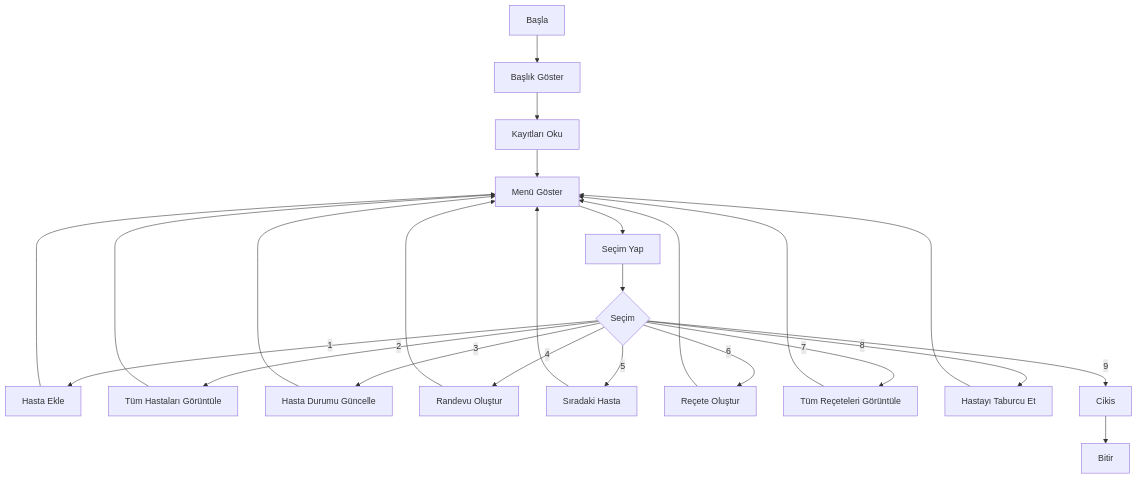
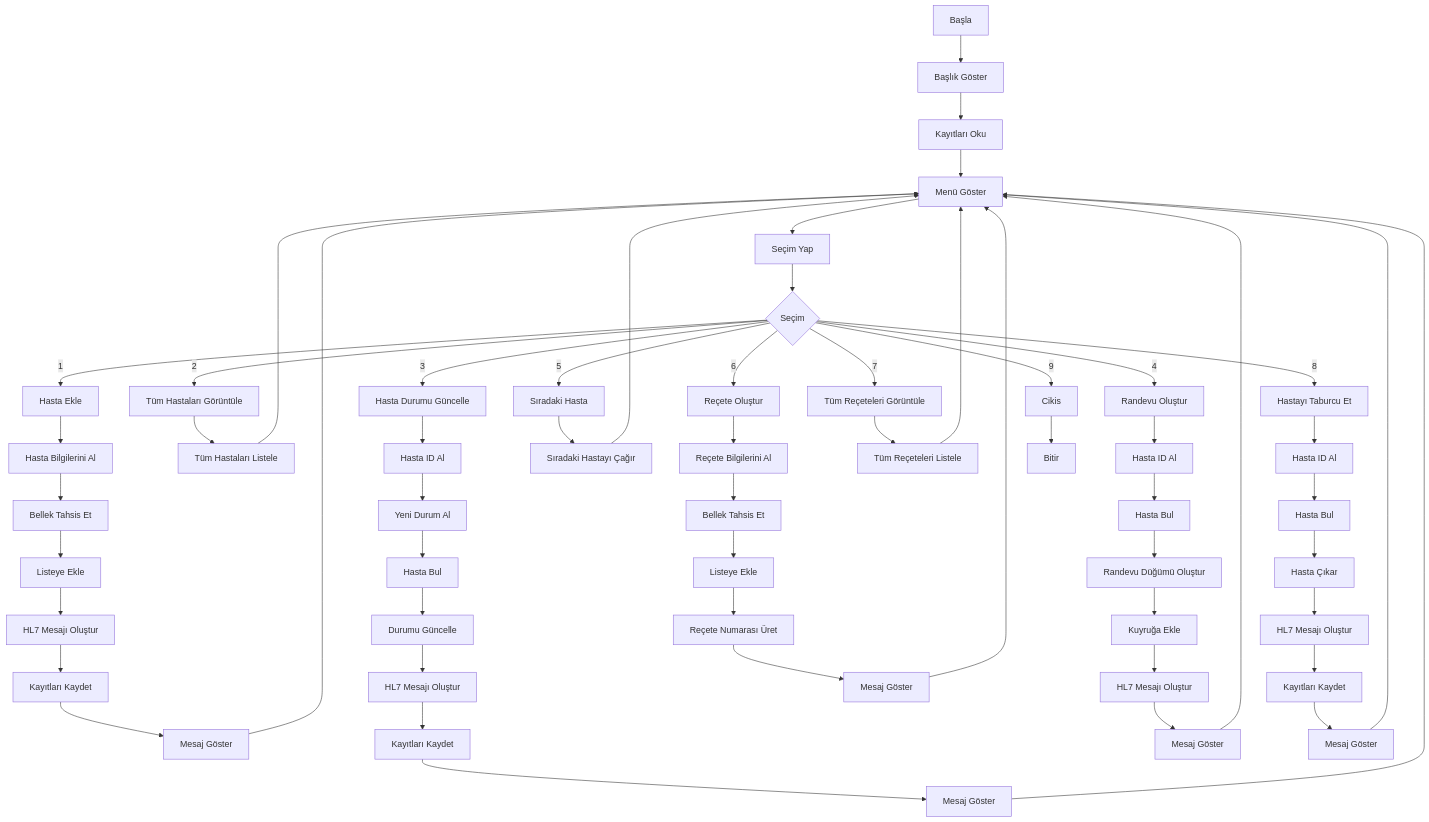
One commit to edaaerol/hastane-acil-servis changed the diagram in PROJE_ANALIZ.md. Above: the diagram before and after it, drawn with Mermaid. The commit also changed other lines of this file, not shown here.

````diff
--- a/PROJE_ANALIZ.md
+++ b/PROJE_ANALIZ.md
@@ -46,26 +44,59 @@
 ```mermaid
 graph TD;
     A[Başla] --> B[Başlık Göster]
     B --> C[Kayıtları Oku]
     C --> D[Menü Göster]
     D --> E[Seçim Yap]
     E --> F{Seçim}
     F --> |1| G[Hasta Ekle]
     F --> |2| H[Tüm Hastaları Görüntüle]
     F --> |3| I[Hasta Durumu Güncelle]
     F --> |4| J[Randevu Oluştur]
     F --> |5| K[Sıradaki Hasta]
     F --> |6| L[Reçete Oluştur]
     F --> |7| M[Tüm Reçeteleri Görüntüle]
     F --> |8| N[Hastayı Taburcu Et]
     F --> |9| O[Cikis]
-    G --> D
-    H --> D
-    I --> D
-    J --> D
-    K --> D
-    L --> D
-    M --> D
-    N --> D
+    G --> G1[Hasta Bilgilerini Al]
+    G1 --> G2[Bellek Tahsis Et]
+    G2 --> G3[Listeye Ekle]
+    G3 --> G4[HL7 Mesajı Oluştur]
+    G4 --> G5[Kayıtları Kaydet]
+    G5 --> G6[Mesaj Göster]
+    G6 --> D
+    H --> H1[Tüm Hastaları Listele]
+    H1 --> D
+    I --> I1[Hasta ID Al]
+    I1 --> I2[Yeni Durum Al]
+    I2 --> I3[Hasta Bul]
+    I3 --> I4[Durumu Güncelle]
+    I4 --> I5[HL7 Mesajı Oluştur]
+    I5 --> I6[Kayıtları Kaydet]
+    I6 --> I7[Mesaj Göster]
+    I7 --> D
+    J --> J1[Hasta ID Al]
+    J1 --> J2[Hasta Bul]
+    J2 --> J3[Randevu Düğümü Oluştur]
+    J3 --> J4[Kuyruğa Ekle]
+    J4 --> J5[HL7 Mesajı Oluştur]
+    J5 --> J6[Mesaj Göster]
+    J6 --> D
+    K --> K1[Sıradaki Hastayı Çağır]
+    K1 --> D
+    L --> L1[Reçete Bilgilerini Al]
+    L1 --> L2[Bellek Tahsis Et]
+    L2 --> L3[Listeye Ekle]
+    L3 --> L4[Reçete Numarası Üret]
+    L4 --> L5[Mesaj Göster]
+    L5 --> D
+    M --> M1[Tüm Reçeteleri Listele]
+    M1 --> D
+    N --> N1[Hasta ID Al]
+    N1 --> N2[Hasta Bul]
+    N2 --> N3[Hasta Çıkar]
+    N3 --> N4[HL7 Mesajı Oluştur]
+    N4 --> N5[Kayıtları Kaydet]
+    N5 --> N6[Mesaj Göster]
+    N6 --> D
     O --> P[Bitir]
 ```
````
